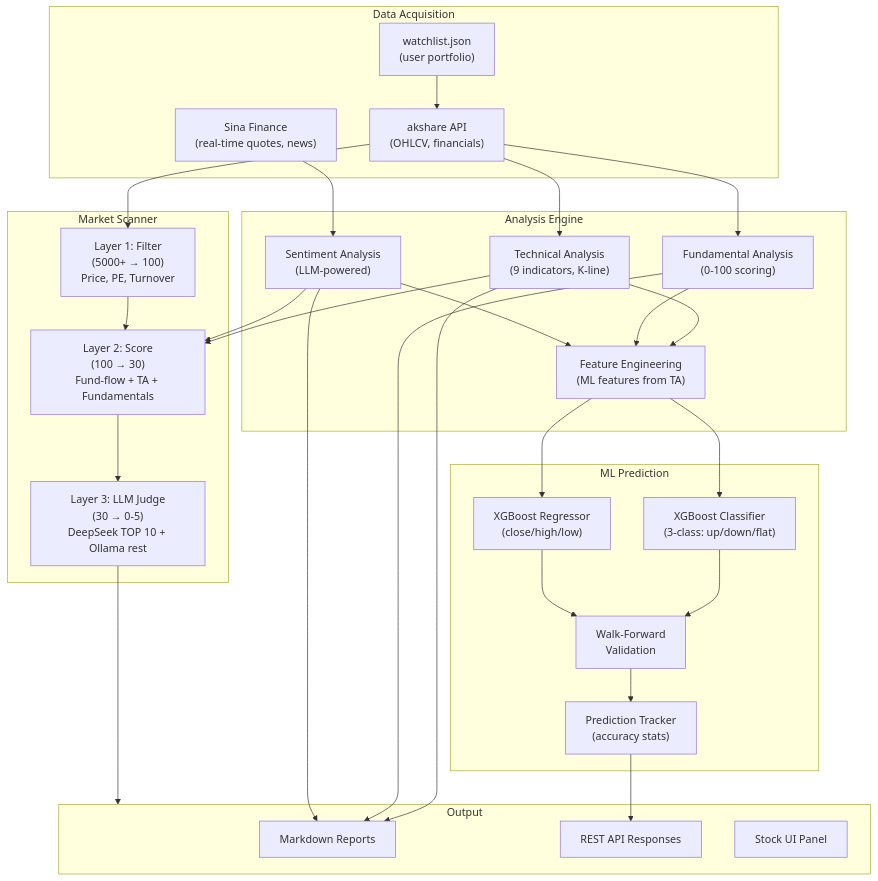
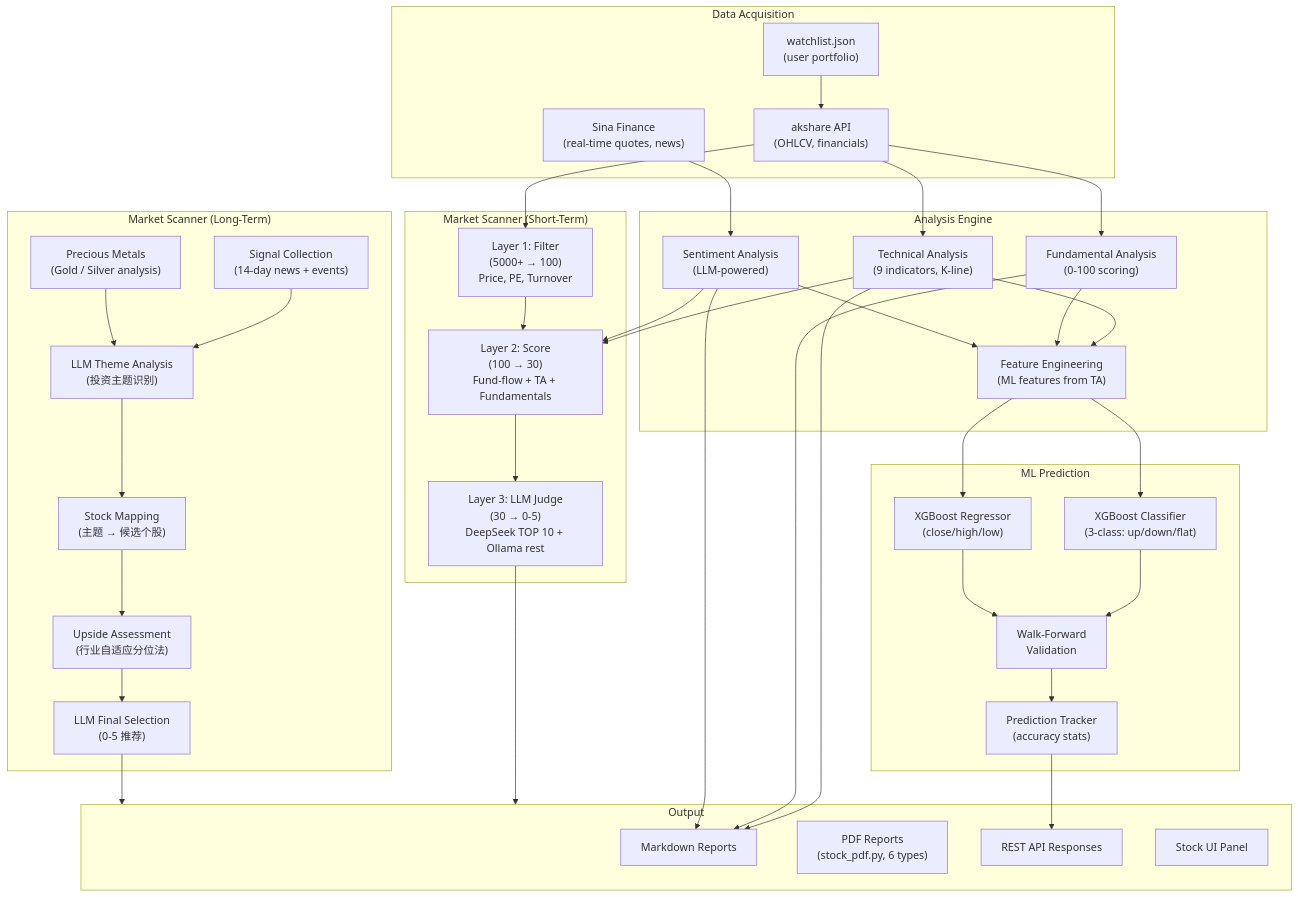
One commit to medavisyin/jarvis-yin changed the sixth of 10 diagrams in docs/design/architecture.md. Above: the diagram before and after it, drawn with Mermaid. The commit also changed other lines of this file and 13 other files, not shown here.

````diff
--- a/docs/design/architecture.md
+++ b/docs/design/architecture.md
@@ -326,60 +326,77 @@
 ```mermaid
 flowchart TB
     subgraph DataLayer["Data Acquisition"]
         AKShare["akshare API<br/>(OHLCV, financials)"]
         Sina["Sina Finance<br/>(real-time quotes, news)"]
         Watchlist["watchlist.json<br/>(user portfolio)"]
     end
 
     subgraph AnalysisLayer["Analysis Engine"]
         TA["Technical Analysis<br/>(9 indicators, K-line)"]
         FA["Fundamental Analysis<br/>(0-100 scoring)"]
         Sent["Sentiment Analysis<br/>(LLM-powered)"]
         Features["Feature Engineering<br/>(ML features from TA)"]
     end
 
     subgraph MLLayer["ML Prediction"]
         XGB_Class["XGBoost Classifier<br/>(3-class: up/down/flat)"]
         XGB_Price["XGBoost Regressor<br/>(close/high/low)"]
         WalkForward["Walk-Forward<br/>Validation"]
         Tracker["Prediction Tracker<br/>(accuracy stats)"]
     end
 
-    subgraph ScannerLayer["Market Scanner"]
+    subgraph ScannerLayer["Market Scanner (Short-Term)"]
         L1["Layer 1: Filter<br/>(5000+ → 100)<br/>Price, PE, Turnover"]
         L2["Layer 2: Score<br/>(100 → 30)<br/>Fund-flow + TA + Fundamentals"]
         L3["Layer 3: LLM Judge<br/>(30 → 0-5)<br/>DeepSeek TOP 10 + Ollama rest"]
     end
 
+    subgraph LongTermLayer["Market Scanner (Long-Term)"]
+        LT1["Signal Collection<br/>(14-day news + events)"]
+        LT2["Precious Metals<br/>(Gold / Silver analysis)"]
+        LT3["LLM Theme Analysis<br/>(投资主题识别)"]
+        LT4["Stock Mapping<br/>(主题 → 候选个股)"]
+        LT5["Upside Assessment<br/>(行业自适应分位法)"]
+        LT6["LLM Final Selection<br/>(0-5 推荐)"]
+    end
+
     subgraph OutputLayer["Output"]
         Reports["Markdown Reports"]
+        PDFExport["PDF Reports<br/>(stock_pdf.py, 6 types)"]
         APIResp["REST API Responses"]
         UIStock["Stock UI Panel"]
     end
 
     AKShare --> TA
     AKShare --> FA
     Sina --> Sent
     Watchlist --> AKShare
 
     TA --> Features
     FA --> Features
     Sent --> Features
     Features --> XGB_Class
     Features --> XGB_Price
     XGB_Class --> WalkForward
     XGB_Price --> WalkForward
     WalkForward --> Tracker
 
     AKShare --> L1
     L1 --> L2
     TA --> L2
     Sent --> L2
     L2 --> L3
     L3 --> OutputLayer
 
+    LT1 --> LT3
+    LT2 --> LT3
+    LT3 --> LT4
+    LT4 --> LT5
+    LT5 --> LT6
+    LT6 --> OutputLayer
+
     TA --> Reports
     FA --> Reports
     Sent --> Reports
     Tracker --> APIResp
 ```
````
